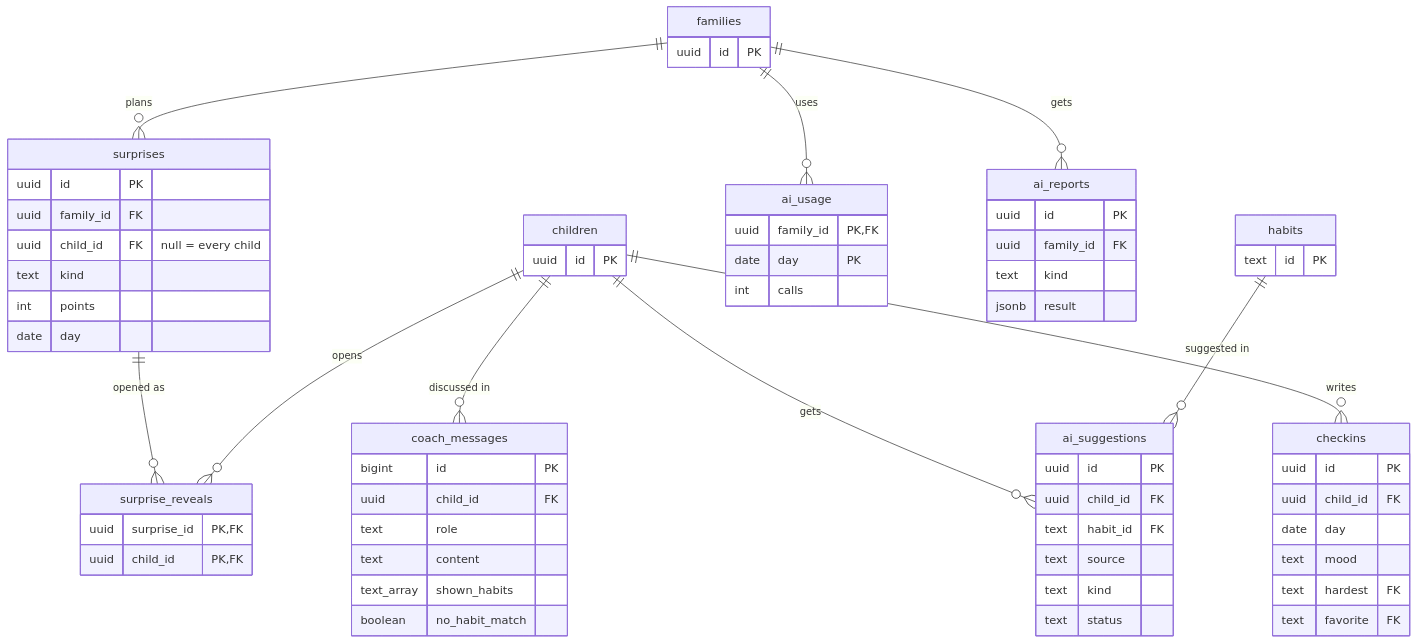
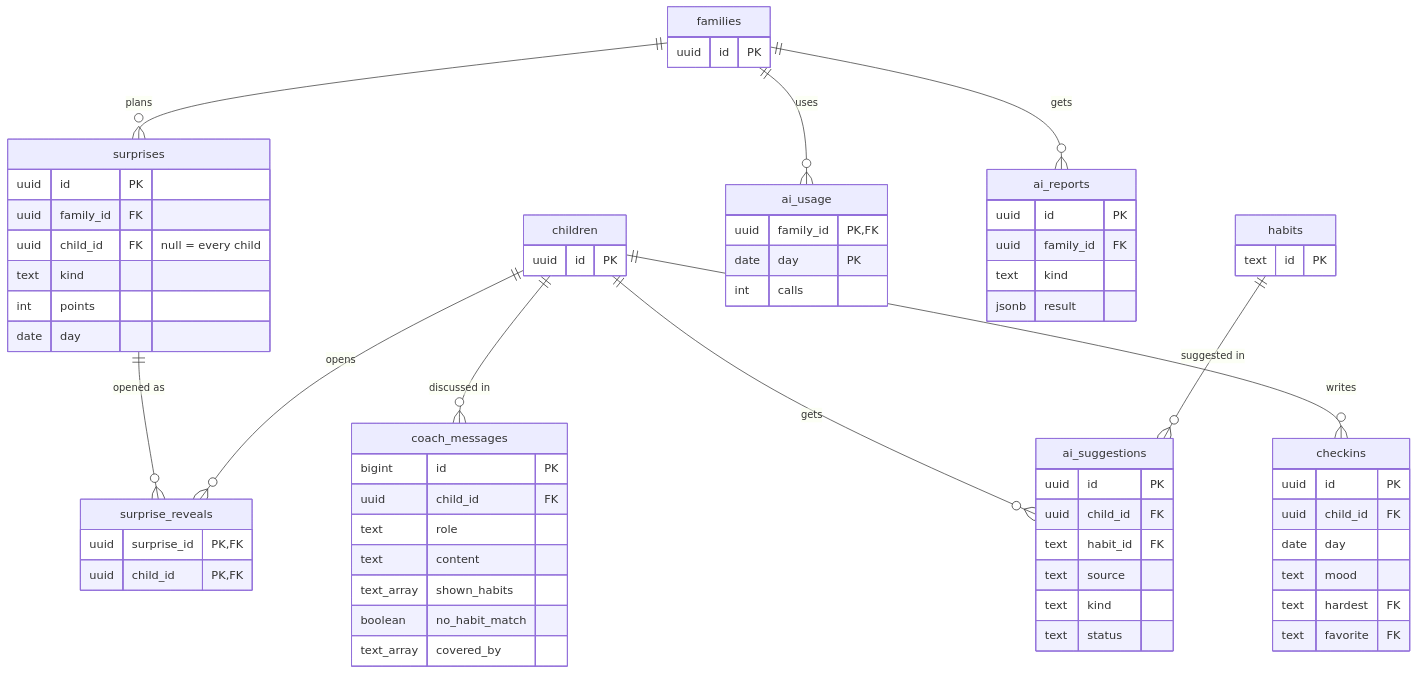
Before and after one commit to rahulwarekar20/habbit-quest: the fifth of 5 diagrams in backend/docs/schema.md, drawn with Mermaid. The commit also changed 12 other files, not shown here.

````diff
--- a/backend/docs/schema.md
+++ b/backend/docs/schema.md
@@ -208,68 +208,69 @@
 ```mermaid
 erDiagram
   children {
     uuid id PK
   }
   families {
     uuid id PK
   }
   habits {
     text id PK
   }
   coach_messages {
     bigint id PK
     uuid child_id FK
     text role
     text content
     text_array shown_habits
     boolean no_habit_match
+    text_array covered_by
   }
   ai_suggestions {
     uuid id PK
     uuid child_id FK
     text habit_id FK
     text source
     text kind
     text status
   }
   ai_usage {
     uuid family_id PK, FK
     date day PK
     int calls
   }
   ai_reports {
     uuid id PK
     uuid family_id FK
     text kind
     jsonb result
   }
   checkins {
     uuid id PK
     uuid child_id FK
     date day
     text mood
     text hardest FK
     text favorite FK
   }
   surprises {
     uuid id PK
     uuid family_id FK
     uuid child_id FK "null = every child"
     text kind
     int points
     date day
   }
   surprise_reveals {
     uuid surprise_id PK, FK
     uuid child_id PK, FK
   }
   children ||--o{ coach_messages : "discussed in"
   children ||--o{ ai_suggestions : "gets"
   habits ||--o{ ai_suggestions : "suggested in"
   families ||--o{ ai_usage : "uses"
   families ||--o{ ai_reports : "gets"
   children ||--o{ checkins : "writes"
   families ||--o{ surprises : "plans"
   surprises ||--o{ surprise_reveals : "opened as"
   children ||--o{ surprise_reveals : "opens"
 ```
````
